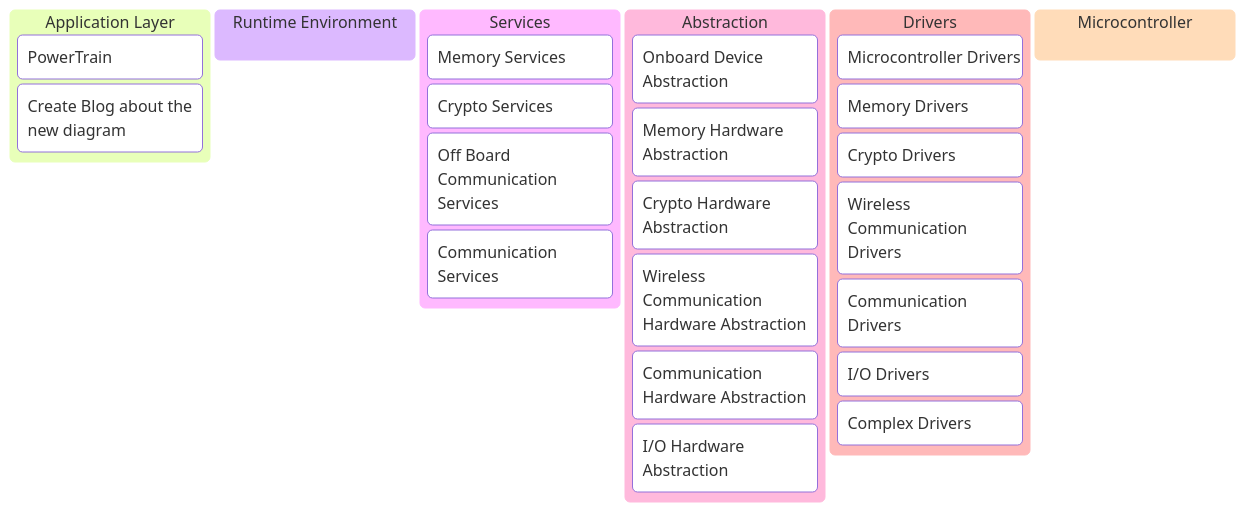
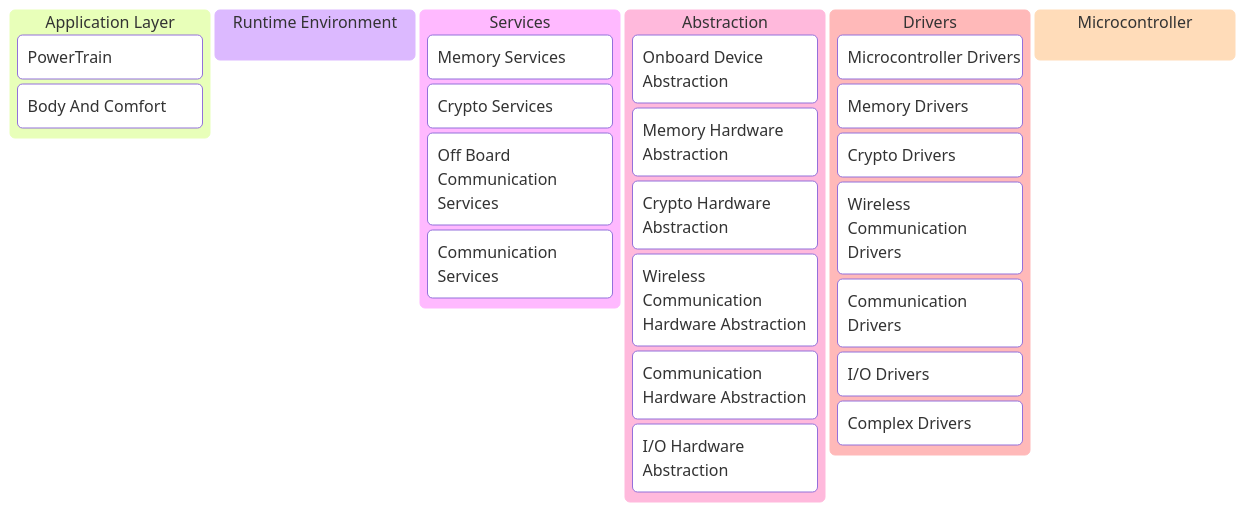
One commit to zmtn/zmt changed the diagram in content/posts/AUTOSAR.md. Above: the diagram before and after it, drawn with Mermaid. The commit also changed 2 other files, not shown here.

````diff
--- a/content/posts/AUTOSAR.md
+++ b/content/posts/AUTOSAR.md
@@ -28,34 +28,34 @@
 ```mermaid
 ---
 config:
   kanban:
     ticketBaseUrl: 'https://mermaidchart.atlassian.net/browse/#TICKET#'
 ---
 kanban
   [Application Layer]
     [PowerTrain]
-    [Create Blog about the new diagram]
+    [Body And Comfort]
   [Runtime Environment]
   [Services]
     [Memory Services]
     [Crypto Services]
     [Off Board Communication  Services]
     [Communication  Services]
   [Abstraction]
     [Onboard Device Abstraction]
     [Memory Hardware Abstraction]
     [Crypto Hardware Abstraction]
     [Wireless Communication Hardware Abstraction]
     [Communication Hardware Abstraction]
     [I/O Hardware Abstraction]
   [Drivers]
     [Microcontroller Drivers]
     [Memory Drivers]
     [Crypto Drivers]
     [Wireless Communication Drivers]
     [Communication Drivers]
     [I/O Drivers]
     [Complex Drivers]
   [Microcontroller]
 
 ```
````
